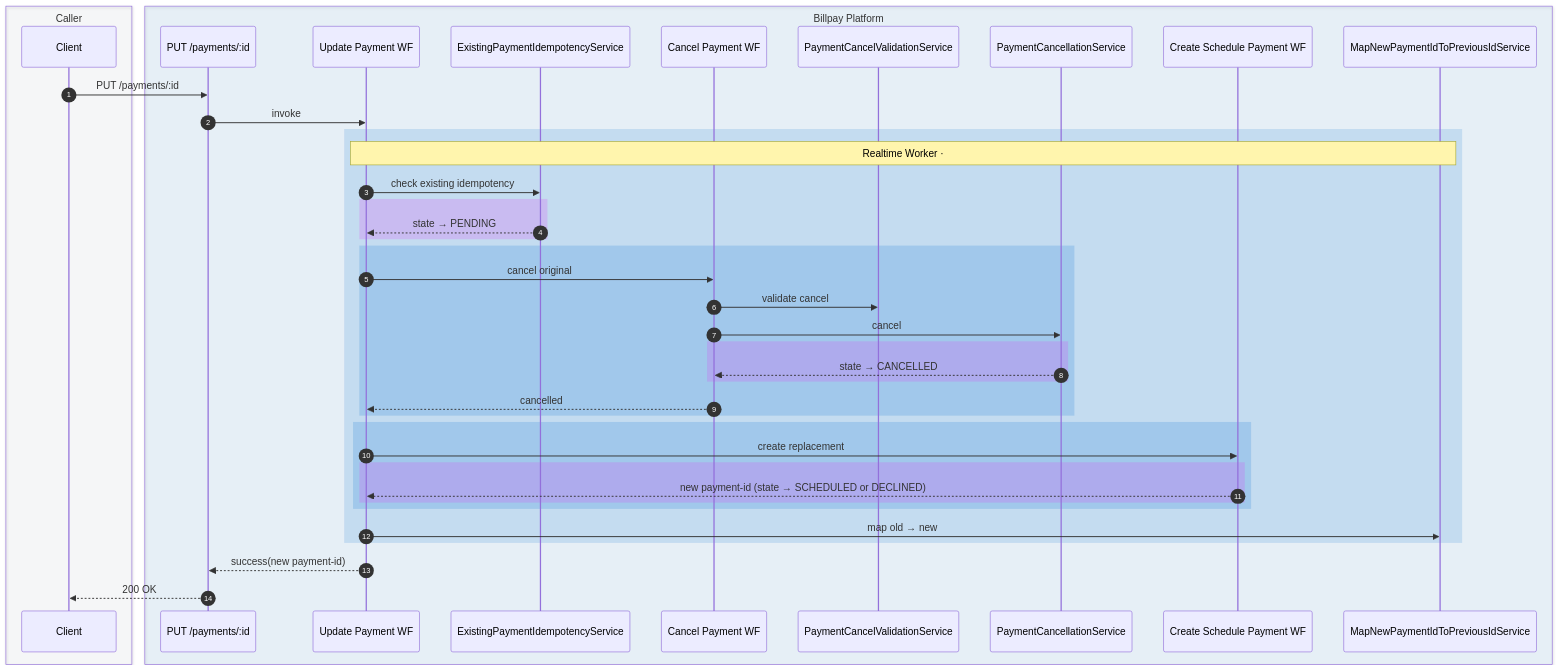
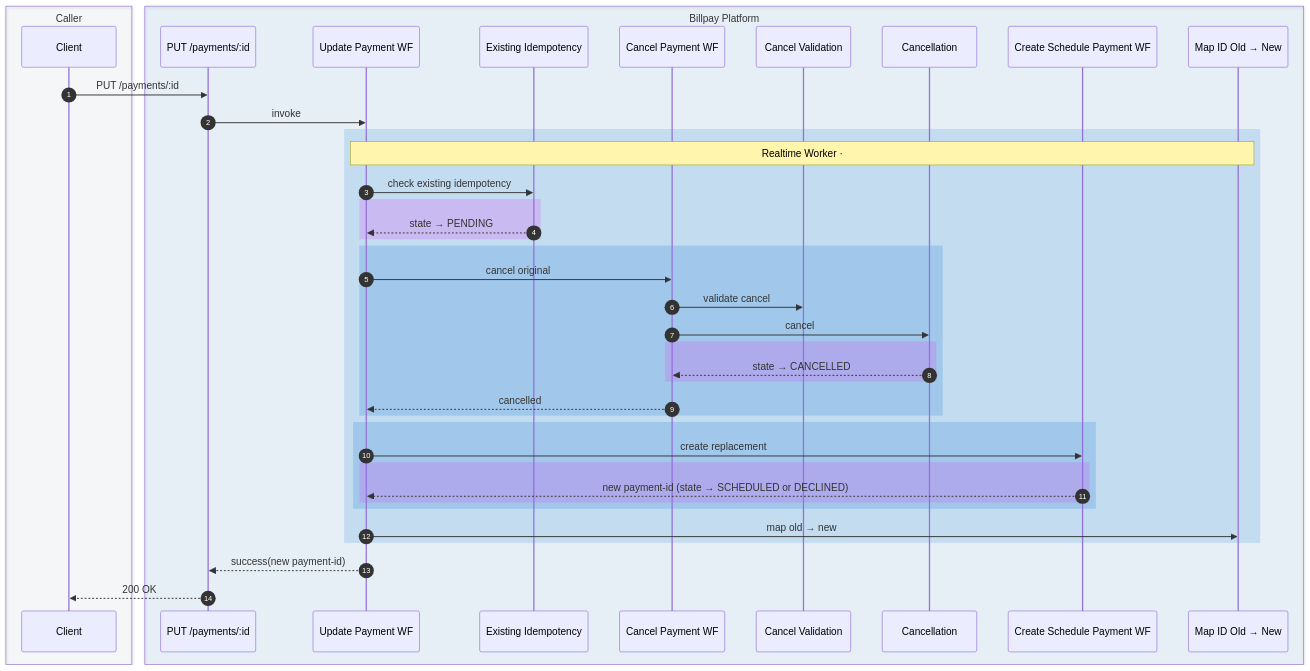
One commit to arunav-bhattacharya/billpay-docs changed the fourth of 10 diagrams in docs/diagrams/sequence-diagrams.md. Above: the diagram before and after it, drawn with Mermaid. The commit also changed other lines of this file and 2 other files, not shown here.

First line of the commit message:
Compact sequence-diagram labels and tighten Mermaid sizing so diagrams fit the article column

````diff
--- a/docs/diagrams/sequence-diagrams.md
+++ b/docs/diagrams/sequence-diagrams.md
@@ -245,52 +245,52 @@
 ```mermaid
 sequenceDiagram
   autonumber
 
   box rgba(148,163,184,0.06) Caller
     participant C as Client
   end
 
   box rgba(0,111,207,0.08) Billpay Platform
     participant API as PUT /payments/:id
     participant U as Update Payment WF
-    participant EPI as ExistingPaymentIdempotencyService
+    participant EPI as Existing Idempotency
     participant CAN as Cancel Payment WF
-    participant PCV as PaymentCancelValidationService
-    participant PCN as PaymentCancellationService
+    participant PCV as Cancel Validation
+    participant PCN as Cancellation
     participant CSP as Create Schedule Payment WF
-    participant MAP as MapNewPaymentIdToPreviousIdService
+    participant MAP as Map ID Old → New
   end
 
   C->>API: PUT /payments/:id
   API->>U: invoke
 
   rect rgba(0,111,207,0.15)
     Note over U,MAP: Realtime Worker · #UpdatePaymentWF — cancels the original, creates a replacement, maps old → new
     U->>EPI: check existing idempotency
     rect rgba(217,70,239,0.22)
       EPI-->>U: state → PENDING
     end
 
     rect rgba(0,111,207,0.18)
       U->>CAN: cancel original
       CAN->>PCV: validate cancel
       CAN->>PCN: cancel
       rect rgba(217,70,239,0.22)
         PCN-->>CAN: state → CANCELLED
       end
       CAN-->>U: cancelled
     end
 
     rect rgba(0,111,207,0.18)
       U->>CSP: create replacement
       rect rgba(217,70,239,0.22)
         CSP-->>U: new payment-id (state → SCHEDULED or DECLINED)
       end
     end
 
     U->>MAP: map old → new
   end
 
   U-->>API: success(new payment-id)
   API-->>C: 200 OK
 ```
````
